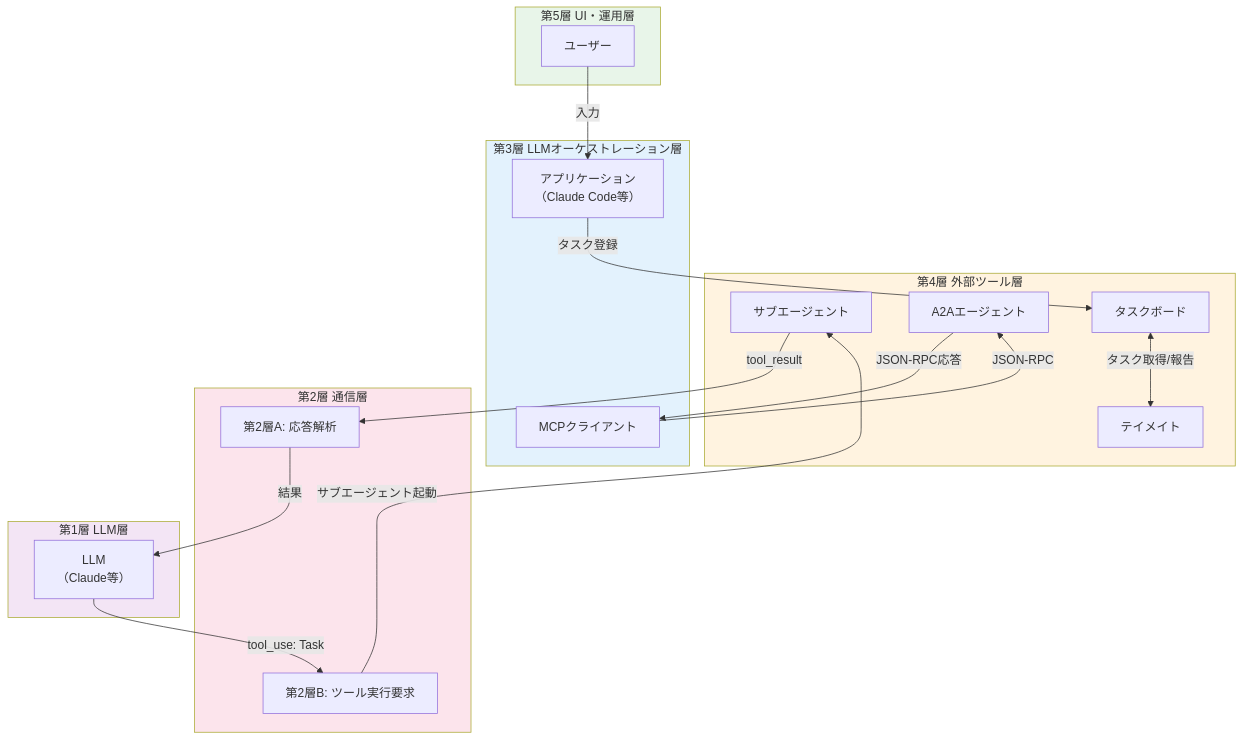
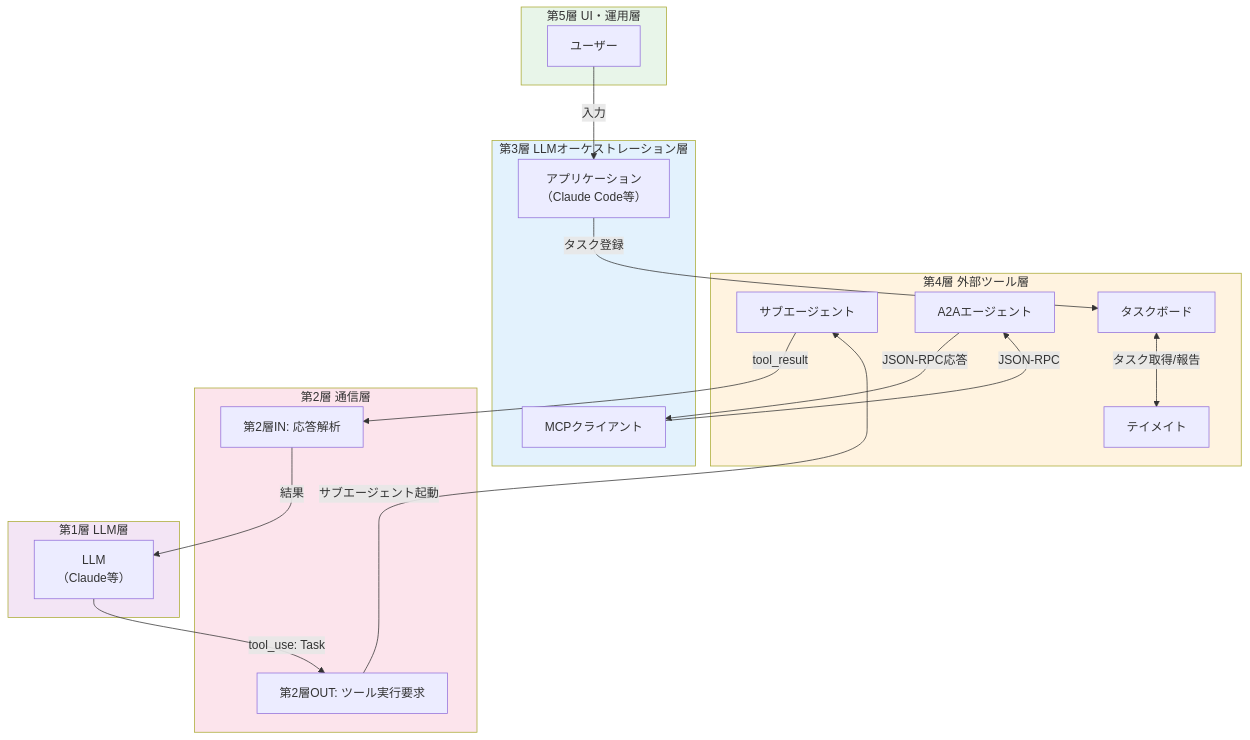
One commit to fsitlab/zenn changed the ninth of 15 diagrams in books/ai-agent-layered-map/04-1-agent-collaboration.md. Above: the diagram before and after it, drawn with Mermaid. The commit also changed other lines of this file and 12 other files, not shown here.

````diff
--- a/books/ai-agent-layered-map/04-1-agent-collaboration.md
+++ b/books/ai-agent-layered-map/04-1-agent-collaboration.md
@@ -503,50 +503,50 @@
 ```mermaid
 flowchart TB
     subgraph Layer5["第5層 UI・運用層"]
         User["ユーザー"]
     end
 
     subgraph Layer4["第4層 外部ツール層"]
         SubAgent["サブエージェント"]
         Teammate["テイメイト"]
         A2AAgent["A2Aエージェント"]
         TaskBoard["タスクボード"]
     end
 
     subgraph Layer3["第3層 LLMオーケストレーション層"]
         App["アプリケーション<br/>（Claude Code等）"]
         MCP["MCPクライアント"]
     end
 
     subgraph Layer2["第2層 通信層"]
-        Layer2B["第2層B: ツール実行要求"]
-        Layer2A["第2層A: 応答解析"]
+        Layer2B["第2層OUT: ツール実行要求"]
+        Layer2A["第2層IN: 応答解析"]
     end
 
     subgraph Layer1["第1層 LLM層"]
         LLM["LLM<br/>（Claude等）"]
     end
 
     %% ユーザーからの入力
     User -->|"入力"| App
 
     %% サブエージェント経路
     LLM -->|"tool_use: Task"| Layer2B
     Layer2B -->|"サブエージェント起動"| SubAgent
     SubAgent -->|"tool_result"| Layer2A
     Layer2A -->|"結果"| LLM
 
     %% Agent Teams経路
     App -->|"タスク登録"| TaskBoard
     TaskBoard <-->|"タスク取得/報告"| Teammate
 
     %% A2A経路
     MCP -->|"JSON-RPC"| A2AAgent
     A2AAgent -->|"JSON-RPC応答"| MCP
 
     style Layer5 fill:#e8f5e9
     style Layer4 fill:#fff3e0
     style Layer3 fill:#e3f2fd
     style Layer2 fill:#fce4ec
     style Layer1 fill:#f3e5f5
 ```
````
